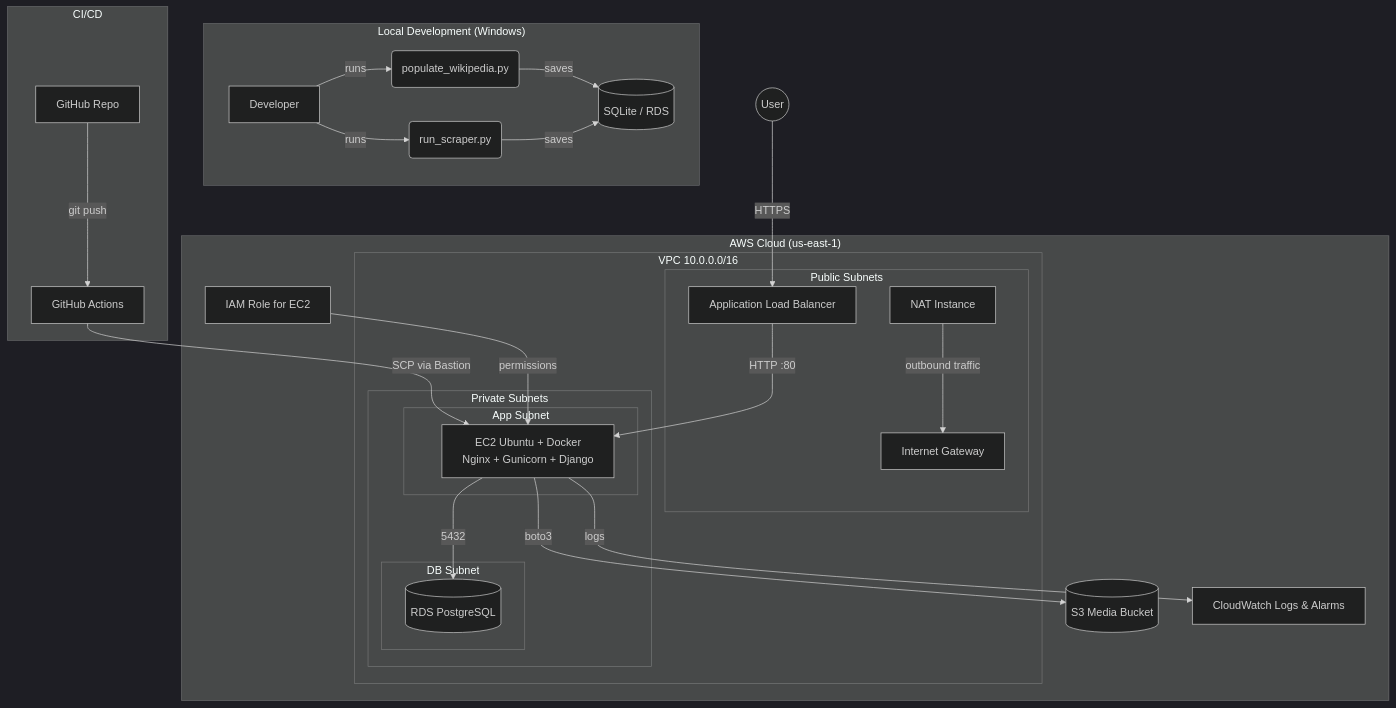
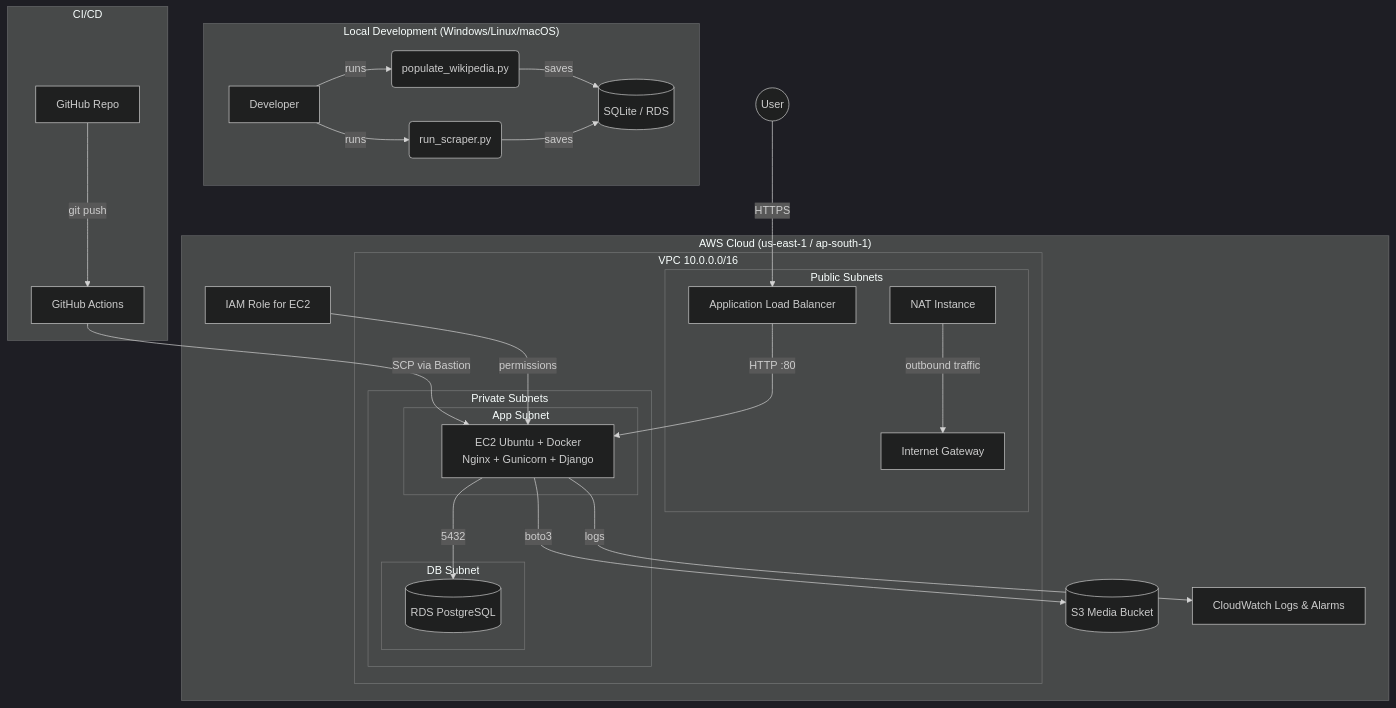
The diagram in README.md (richard-pius/niche-search), drawn with Mermaid (dark theme) before and after one commit. The commit also changed other lines of this file, not shown here.

````diff
--- a/README.md
+++ b/README.md
@@ -33,43 +33,43 @@
 ```mermaid
 graph TD
-    subgraph "Local Development (Windows)"
+    subgraph "Local Development (Windows/Linux/macOS)"
         A[Developer] -->|runs| B(populate_wikipedia.py)
         A -->|runs| C(run_scraper.py)
         B -->|saves| D[(SQLite / RDS)]
         C -->|saves| D
     end
 
-    subgraph "AWS Cloud (us-east-1)"
+    subgraph "AWS Cloud (us-east-1 / ap-south-1)"
         subgraph "VPC 10.0.0.0/16"
             subgraph "Public Subnets"
                 IGW[Internet Gateway]
                 NAT[NAT Instance]
                 ALB[Application Load Balancer]
             end
             subgraph "Private Subnets"
                 subgraph "App Subnet"
                     EC2[EC2 Ubuntu + Docker<br/>Nginx + Gunicorn + Django]
                 end
                 subgraph "DB Subnet"
                     RDS[(RDS PostgreSQL)]
                 end
             end
         end
         S3[(S3 Media Bucket)]
         CW[CloudWatch Logs & Alarms]
         IAM[IAM Role for EC2]
     end
 
     subgraph "CI/CD"
         GH[GitHub Repo] -->|git push| GA[GitHub Actions]
         GA -->|SCP via Bastion| EC2
     end
 
     User((User)) -->|HTTPS| ALB
     ALB -->|HTTP :80| EC2
     EC2 -->|5432| RDS
     EC2 -->|boto3| S3
     EC2 -->|logs| CW
     IAM -->|permissions| EC2
     NAT -->|outbound traffic| IGW
 ```
````
